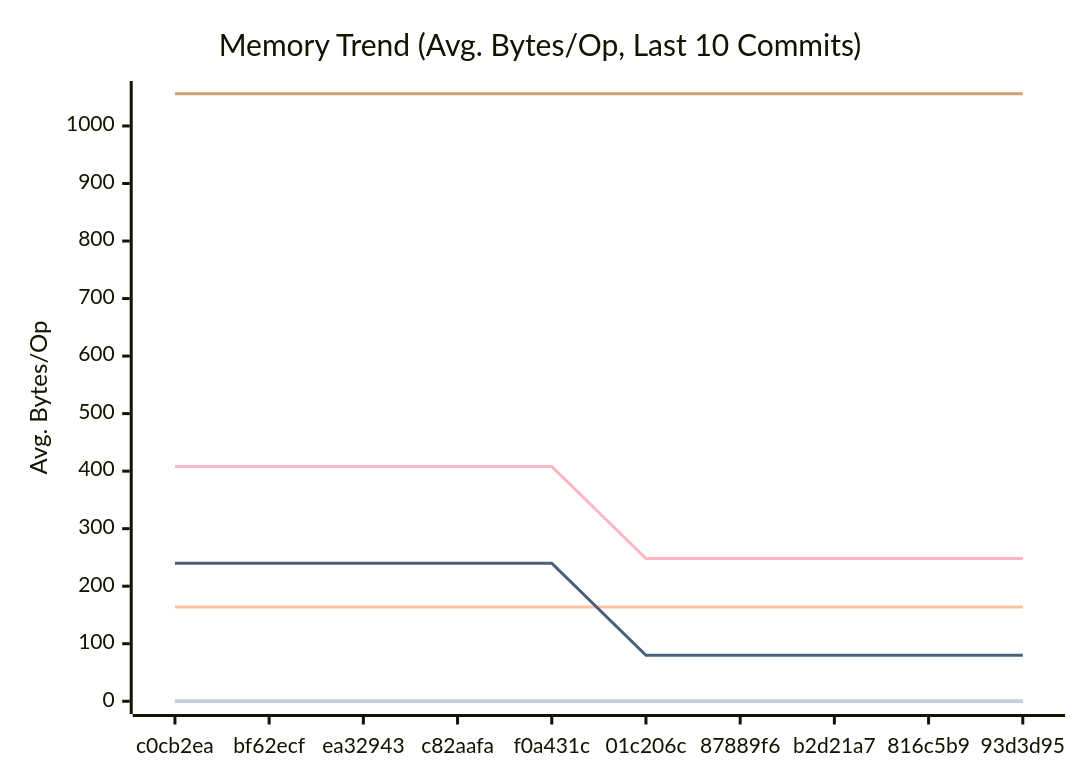
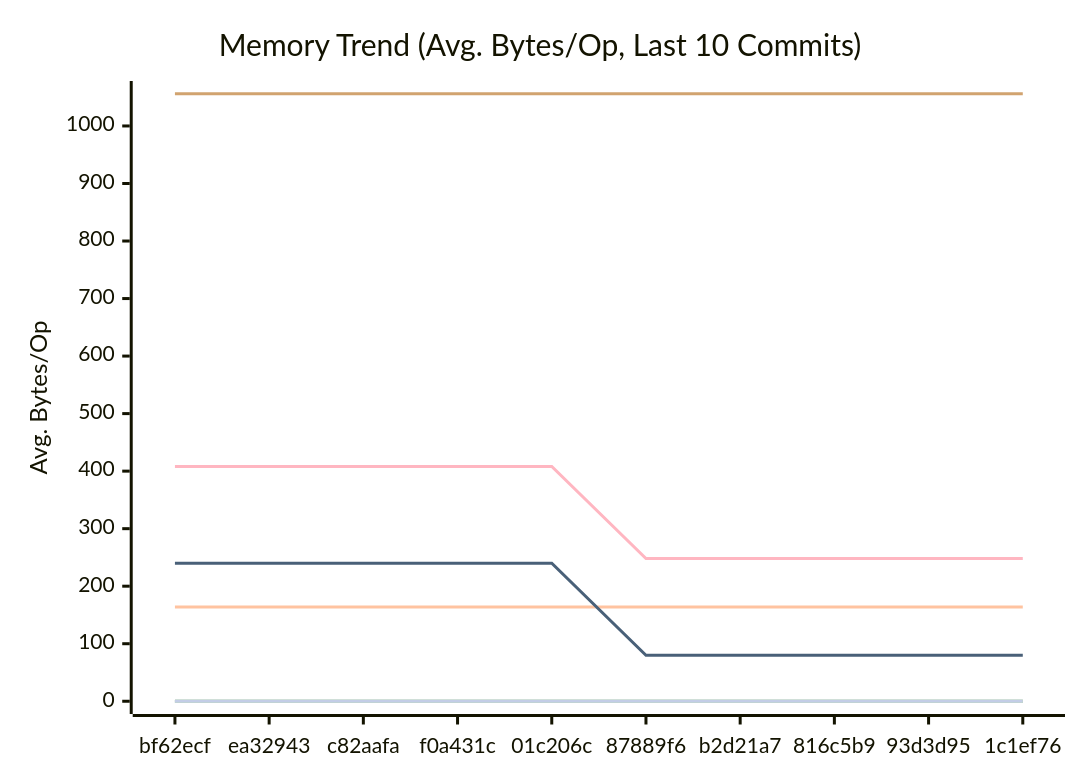
Before and after one commit to alsotoes/momo: the second of 3 diagrams in docs/PERFORMANCE.md, drawn with Mermaid. The commit also changed other lines of this file and 1 other file, not shown here.

````diff
--- a/docs/PERFORMANCE.md
+++ b/docs/PERFORMANCE.md
@@ -97,16 +97,16 @@
 ```mermaid
 xychart-beta
     title "Memory Trend (Avg. Bytes/Op, Last 10 Commits)"
     x-axis "Commit"
     y-axis "Avg. Bytes/Op"
-    x-axis [c0cb2ea,bf62ecf,ea32943,c82aafa,f0a431c,01c206c,87889f6,b2d21a7,816c5b9,93d3d95]
+    x-axis [bf62ecf,ea32943,c82aafa,f0a431c,01c206c,87889f6,b2d21a7,816c5b9,93d3d95,1c1ef76]
     line "CheckMetricsAndSwap" [0,0,0,0,0,0,0,0,0,0]
     line "CrushOptimized" [0,0,0,0,0,0,0,0,0,0]
     line "CrushOriginal" [164,164,164,164,164,164,164,164,164,164]
     line "IndexDirectTracking" [0,0,0,0,0,0,0,0,0,0]
     line "IndexSearch" [0,0,0,0,0,0,0,0,0,0]
     line "LoadGlobalConfig" [1056,1056,1056,1056,1056,1056,1056,1056,1056,1056]
     line "PadString" [0,0,0,0,0,0,0,0,0,0]
     line "ParseReplicationOrder_NoPrealloc" [408,408,408,408,408,248,248,248,248,248]
     line "ParseReplicationOrder_Prealloc" [240,240,240,240,240,80,80,80,80,80]
 ```
````
